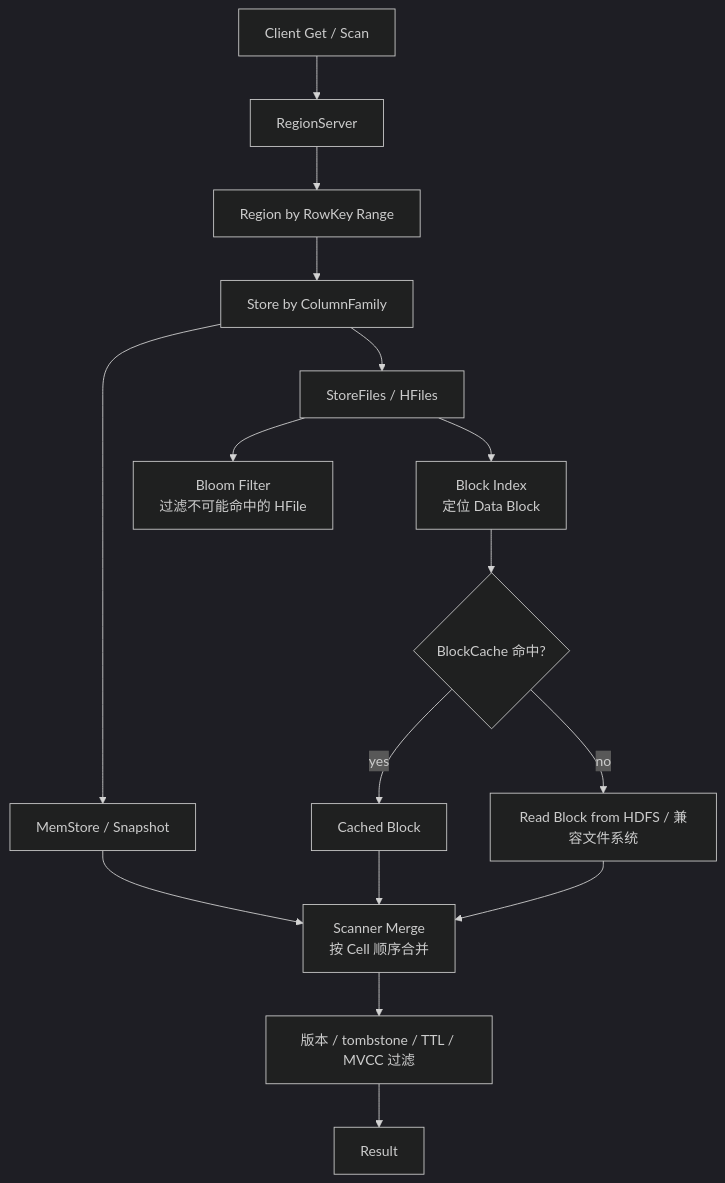
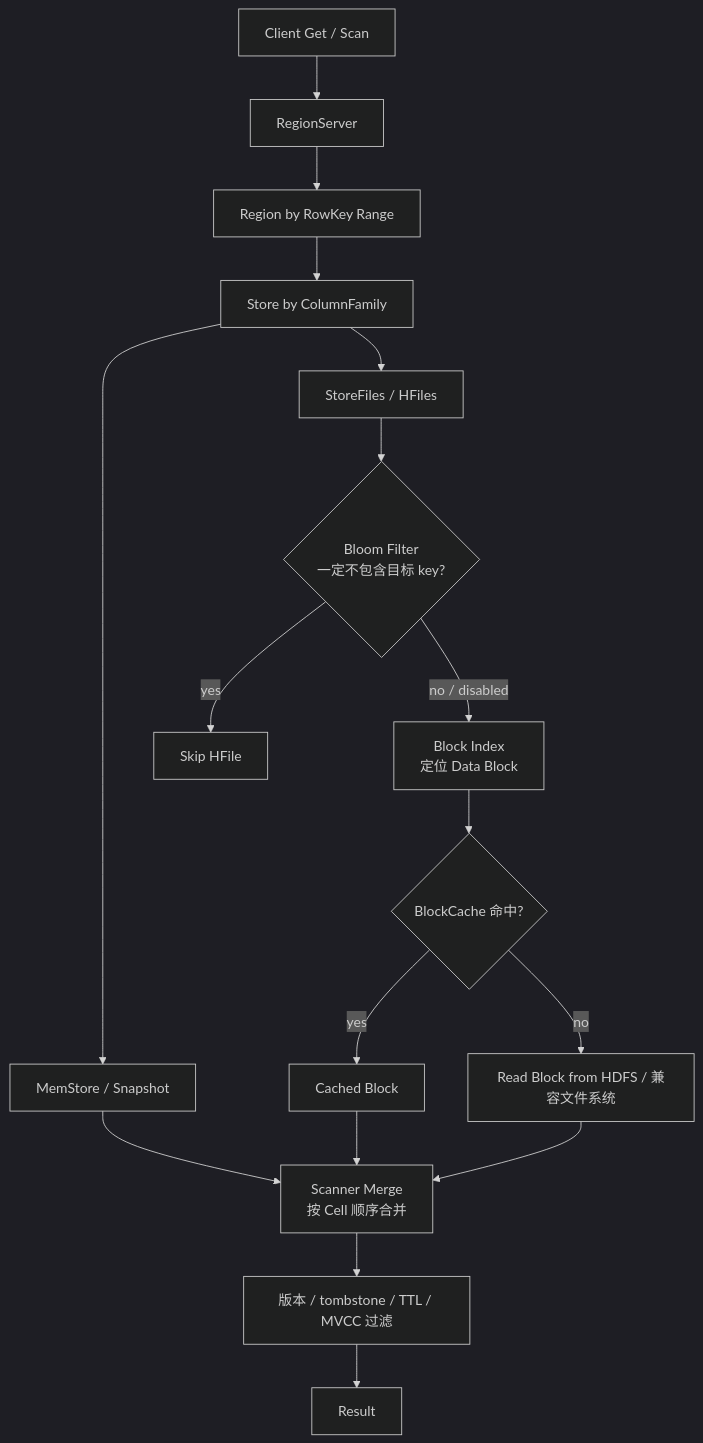
Before and after one commit to is-Aaron/is-Aaron.github.io: the fourth of 5 diagrams in _posts/big-data/2026-05-18-hbase-storage-format.md, drawn with Mermaid (dark theme). The commit also changed other lines of this file, not shown here.

````diff
--- a/_posts/big-data/2026-05-18-hbase-storage-format.md
+++ b/_posts/big-data/2026-05-18-hbase-storage-format.md
@@ -273,18 +275,19 @@
 ```mermaid
 flowchart TD
     Q["Client Get / Scan"] --> RS["RegionServer"]
     RS --> RG["Region by RowKey Range"]
     RG --> ST["Store by ColumnFamily"]
     ST --> MS["MemStore / Snapshot"]
     ST --> SF["StoreFiles / HFiles"]
-    SF --> BF["Bloom Filter<br/>过滤不可能命中的 HFile"]
-    SF --> BI["Block Index<br/>定位 Data Block"]
+    SF --> BF{"Bloom Filter<br/>一定不包含目标 key?"}
+    BF -->|yes| SKIP["Skip HFile"]
+    BF -->|no / disabled| BI["Block Index<br/>定位 Data Block"]
     BI --> BC{"BlockCache 命中?"}
     BC -->|yes| BLK["Cached Block"]
     BC -->|no| FS["Read Block from HDFS / 兼容文件系统"]
     MS --> MERGE["Scanner Merge<br/>按 Cell 顺序合并"]
     BLK --> MERGE
     FS --> MERGE
     MERGE --> V["版本 / tombstone / TTL / MVCC 过滤"]
     V --> R["Result"]
 ```
````
